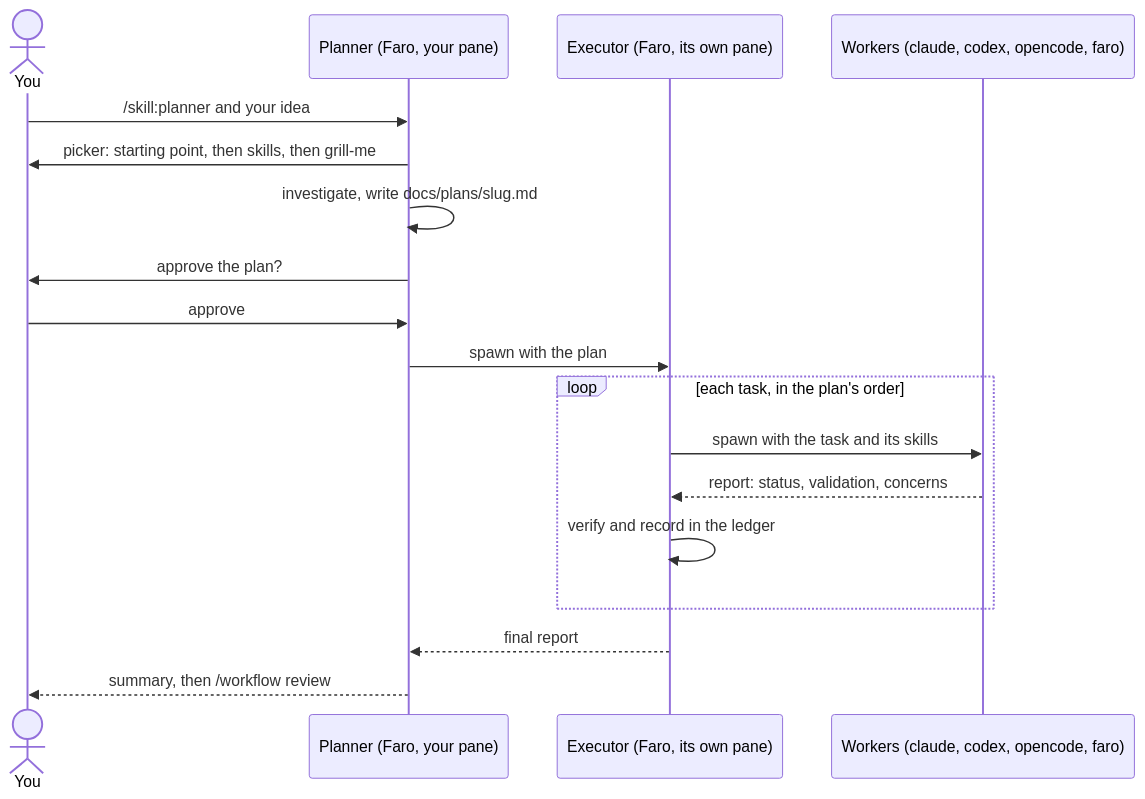
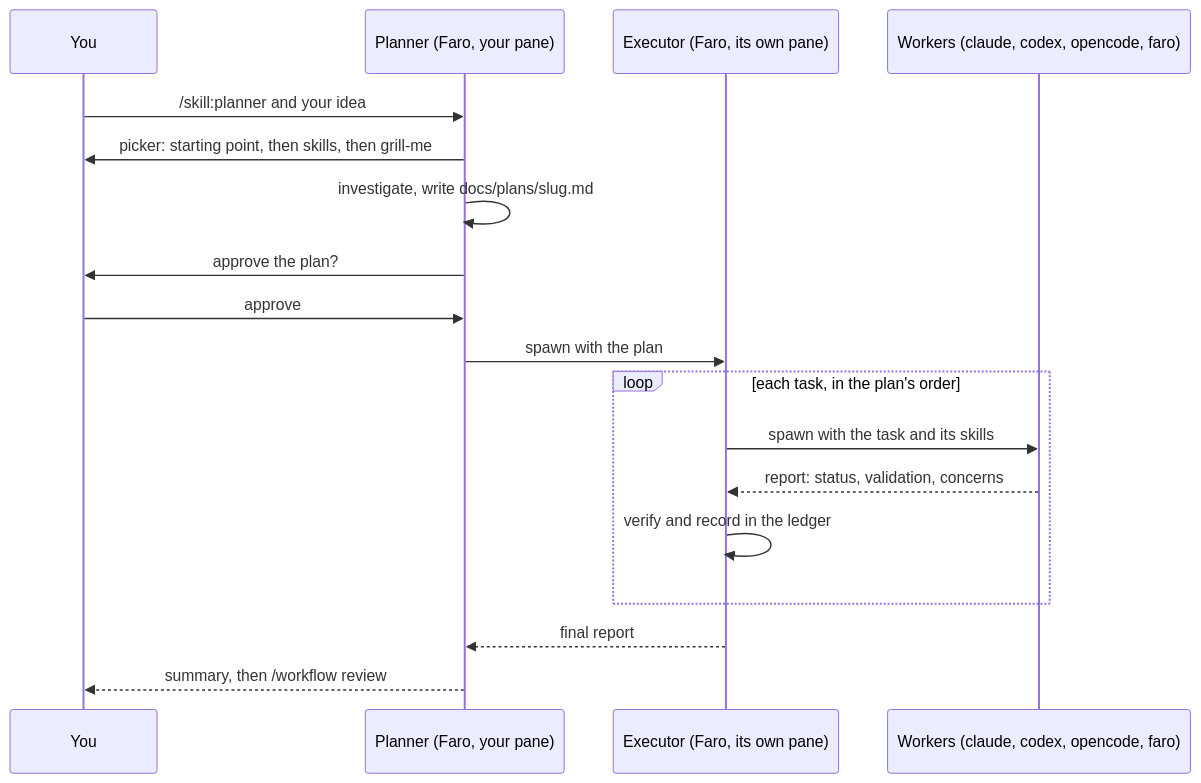
One commit to Jero110/faro-agent changed the first of 3 diagrams in README.md. Above: the diagram before and after it, drawn with Mermaid.

Commit message:
README: the workflow diagram shows You as a box, not a stick figure

````diff
--- a/README.md
+++ b/README.md
@@ -82,20 +82,20 @@
 ```mermaid
 sequenceDiagram
-  actor You
+  participant You
   participant P as Planner (Faro, your pane)
   participant E as Executor (Faro, its own pane)
   participant W as Workers (claude, codex, opencode, faro)
   You->>P: /skill:planner and your idea
   P->>You: picker: starting point, then skills, then grill-me
   P->>P: investigate, write docs/plans/slug.md
   P->>You: approve the plan?
   You->>P: approve
   P->>E: spawn with the plan
   loop each task, in the plan's order
     E->>W: spawn with the task and its skills
     W-->>E: report: status, validation, concerns
     E->>E: verify and record in the ledger
   end
   E-->>P: final report
   P-->>You: summary, then /workflow review
 ```
````
